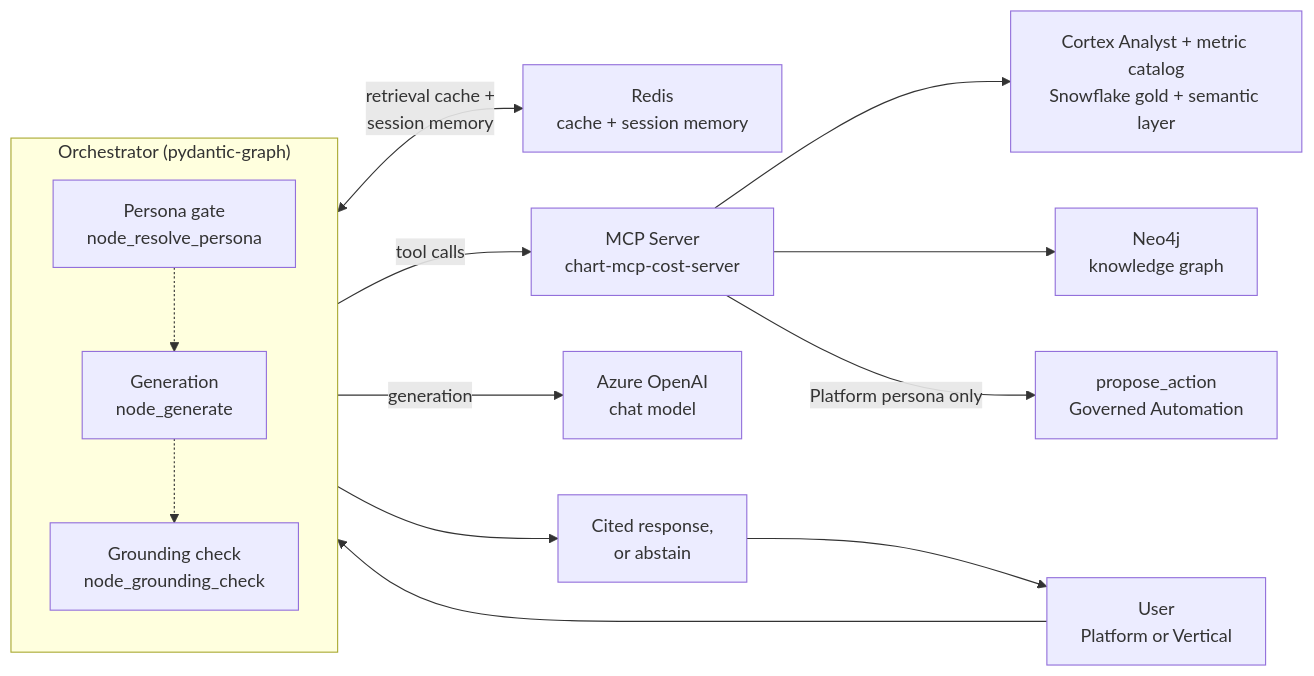
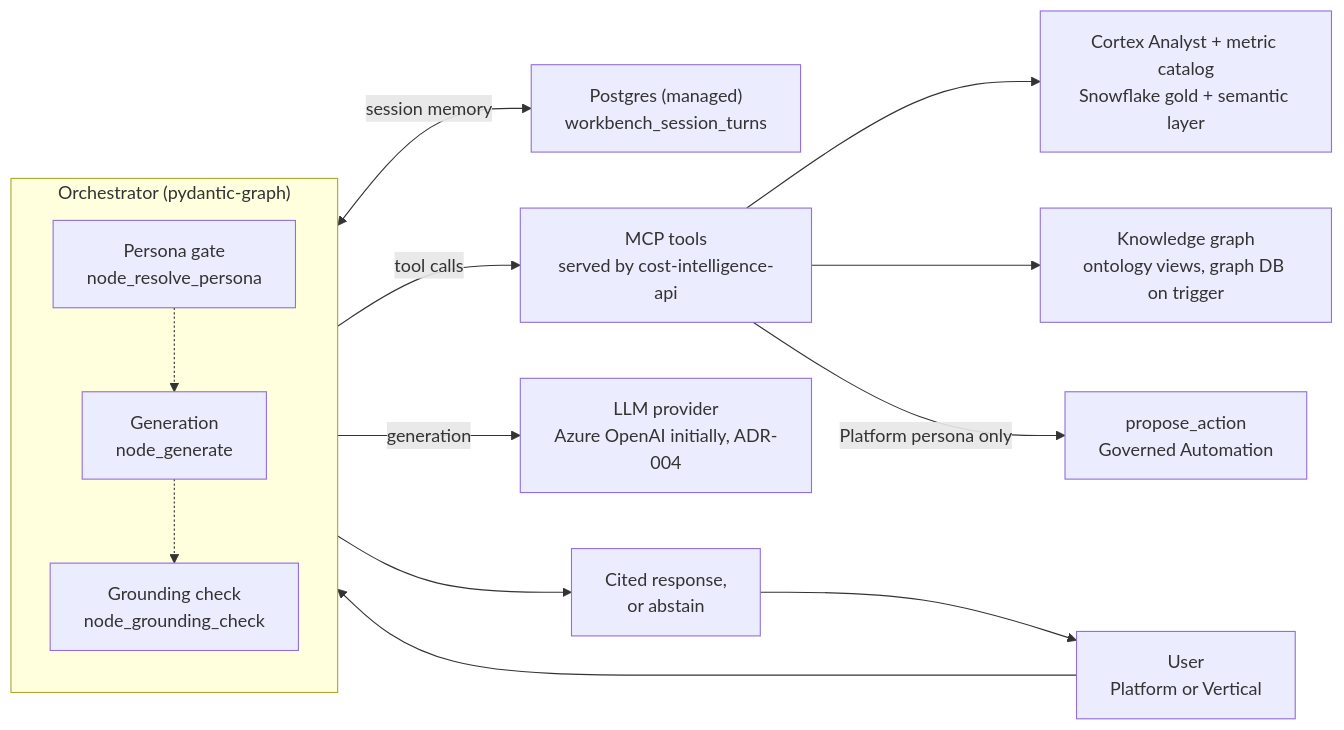
The first of 3 diagrams in docs/Solution_Architecture_Cloud_Workbench.md (mbnest/finops-intelligence-platform), drawn with Mermaid before and after one commit. The commit also changed other lines of this file and 15 other files, not shown here.

First line of the commit message:
Revise architecture docs from review: billing data, ML framing, operating model, rollout, testing, and references

````diff
--- a/docs/Solution_Architecture_Cloud_Workbench.md
+++ b/docs/Solution_Architecture_Cloud_Workbench.md
@@ -64,26 +66,26 @@
 ```mermaid
 flowchart LR
     U["User<br/>Platform or Vertical"] --> ORCH
 
     subgraph ORCH["Orchestrator (pydantic-graph)"]
         direction TB
         PERSONA["Persona gate<br/>node_resolve_persona"]
         GEN["Generation<br/>node_generate"]
         GUARD["Grounding check<br/>node_grounding_check"]
         PERSONA -.-> GEN
         GEN -.-> GUARD
     end
 
-    ORCH <-->|retrieval cache +<br/>session memory| CACHE["Redis<br/>cache + session memory"]
+    ORCH <-->|session memory| PG["Postgres (managed)<br/>workbench_session_turns"]
 
-    ORCH -->|tool calls| MCP["MCP Server<br/>chart-mcp-cost-server"]
+    ORCH -->|tool calls| MCP["MCP tools<br/>served by cost-intelligence-api"]
 
     MCP --> SF["Cortex Analyst + metric catalog<br/>Snowflake gold + semantic layer"]
-    MCP --> N4["Neo4j<br/>knowledge graph"]
+    MCP --> N4["Knowledge graph<br/>ontology views, graph DB on trigger"]
     MCP -->|Platform persona only| ACT["propose_action<br/>Governed Automation"]
 
-    ORCH -->|generation| LLM["Azure OpenAI<br/>chat model"]
+    ORCH -->|generation| LLM["LLM provider<br/>Azure OpenAI initially, ADR-004"]
 
     ORCH --> RESP["Cited response,<br/>or abstain"]
     RESP --> U
 ```
````
